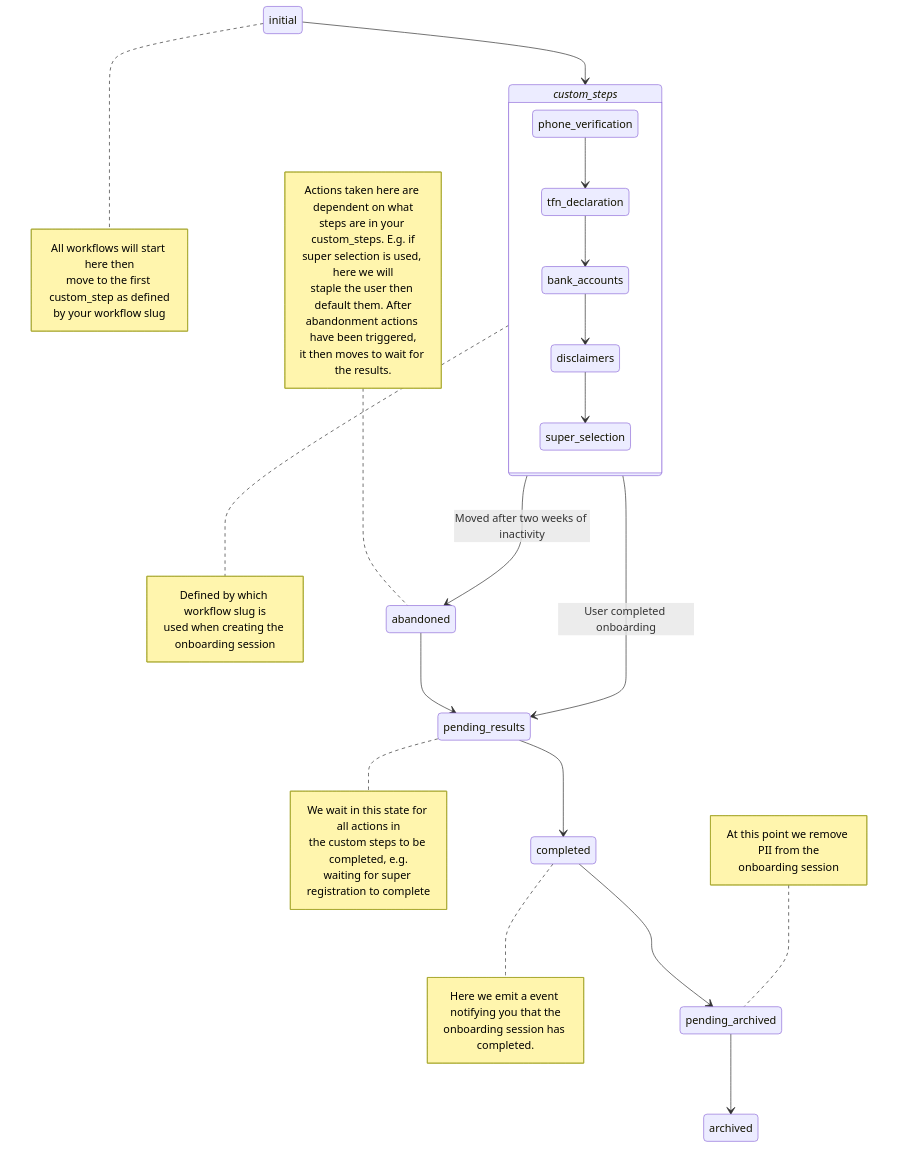
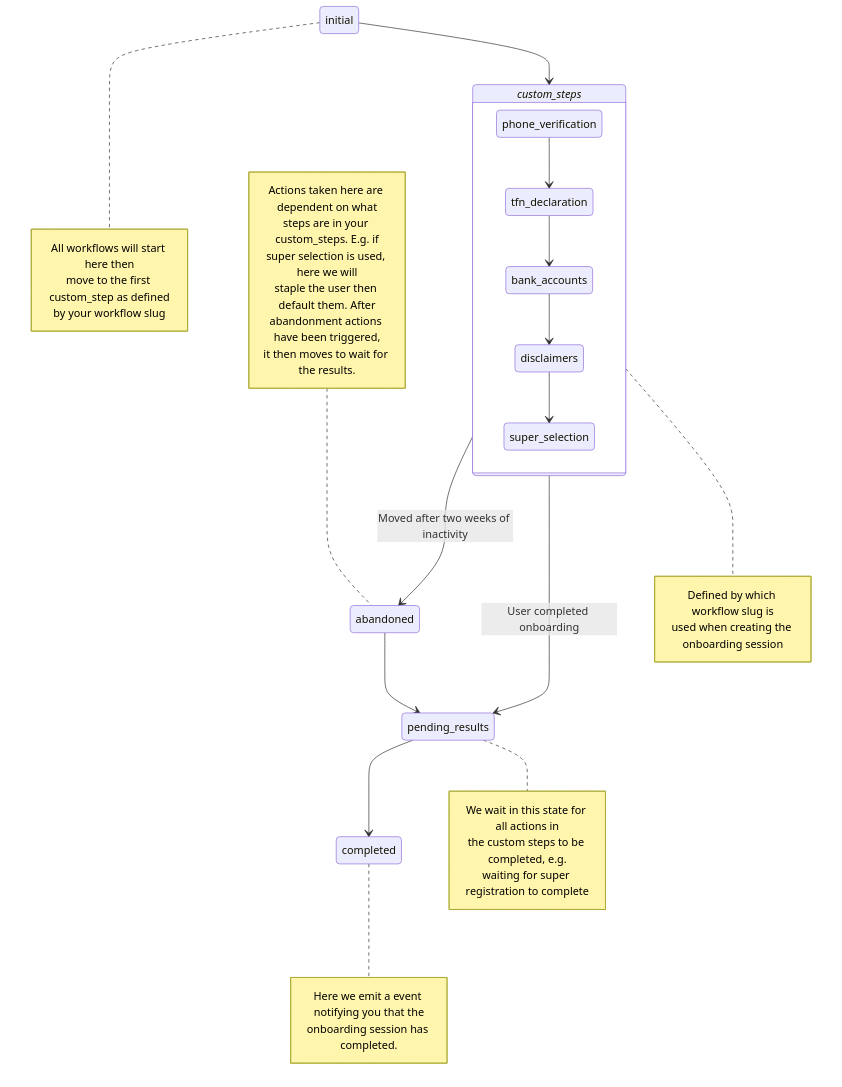
One commit to supersimplesuper/docs changed the first of 2 diagrams in website/docs/software_partners/explanations/lifecycle_of_an_onboarding_session/index.md. Above: the diagram before and after it, drawn with Mermaid. The commit also changed other lines of this file, not shown here.

Commit message:
Remove references to archived state from docs

````diff
--- a/website/docs/software_partners/explanations/lifecycle_of_an_onboarding_session/index.md
+++ b/website/docs/software_partners/explanations/lifecycle_of_an_onboarding_session/index.md
@@ -7,49 +7,42 @@
 ```mermaid
 stateDiagram-v2
     classDef movement font-style:italic
     initial --> custom_steps
     note right of initial
         All workflows will start here then
         move to the first custom_step as defined
         by your workflow slug
     end note
     state custom_steps {
         phone_verification --> tfn_declaration
         tfn_declaration --> bank_accounts
         bank_accounts --> disclaimers
         disclaimers --> super_selection
     }
     custom_steps --> abandoned: Moved after two weeks of inactivity
     custom_steps --> pending_results: User completed onboarding
     pending_results --> completed
     note right of pending_results
         We wait in this state for all actions in
         the custom steps to be completed, e.g.
         waiting for super registration to complete
     end note
     note right of custom_steps
         Defined by which workflow slug is
         used when creating the onboarding session
     end note
-    completed --> pending_archived
     note right of completed
         Here we emit a event notifying you that the
         onboarding session has completed.
     end note
     abandoned --> pending_results
     note left of abandoned
         Actions taken here are dependent on what
         steps are in your custom_steps. E.g. if
         super selection is used, here we will
         staple the user then default them. After
         abandonment actions have been triggered,
         it then moves to wait for the results.
     end note
-    pending_archived --> archived
-    note left of pending_archived
-        At this point we remove PII from the
-        onboarding session
-    end note
-
     class custom_steps movement
 ```
````
